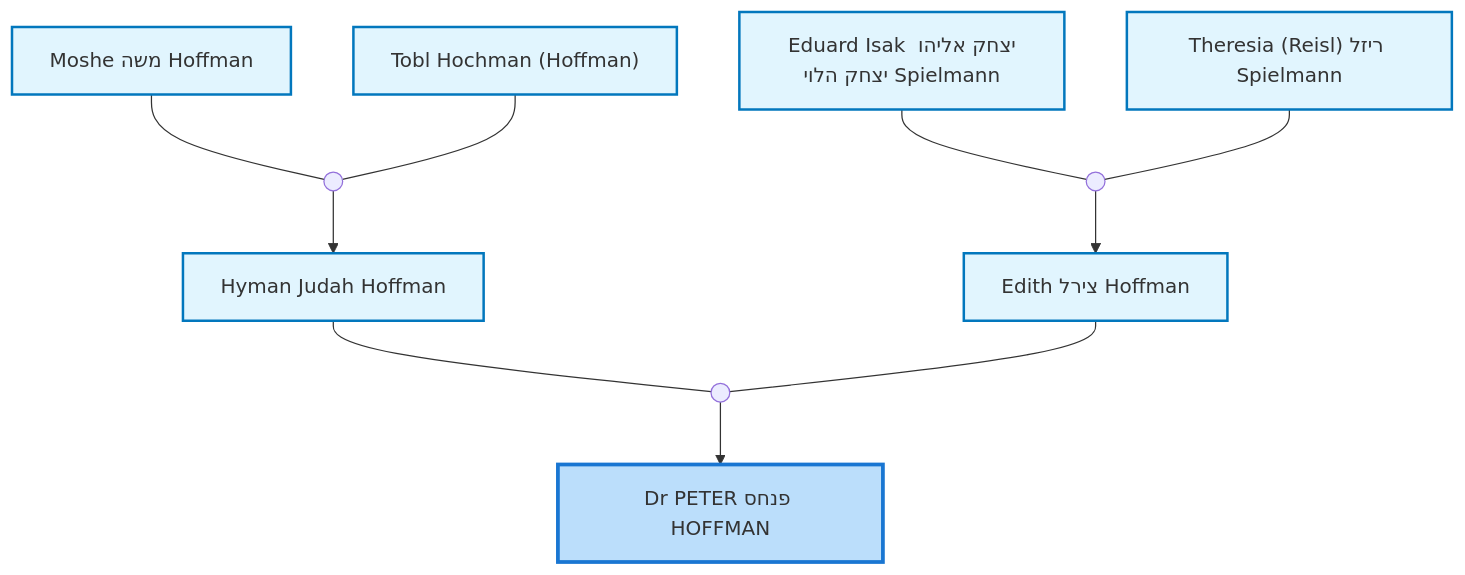
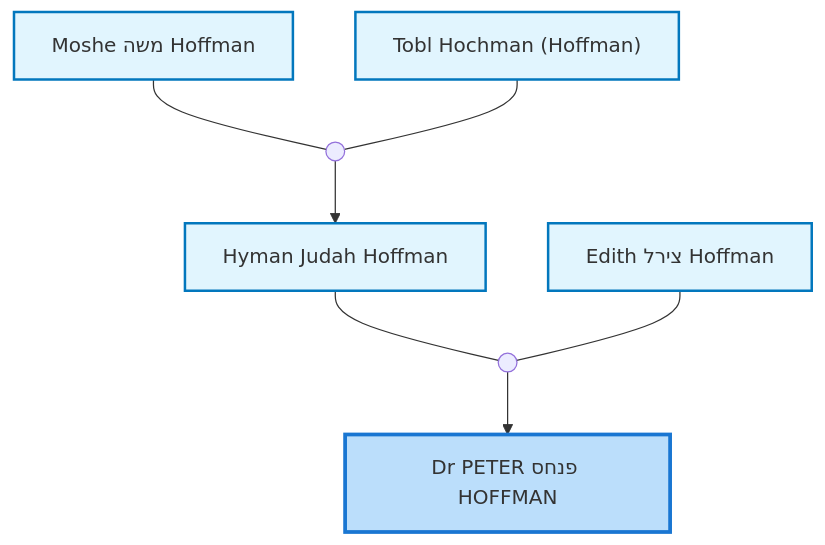
The second of 3 diagrams in site/content/profiles/Dr PETER פנחס HOFFMAN.md (moshehoff/FamilyHistory), drawn with Mermaid before and after one commit. The commit also changed other lines of this file and 133 other files, not shown here.

Commit message:
Update Moshe Hoffman ID: I10 -> I11052340 and rename I38516664 biography

````diff
--- a/site/content/profiles/Dr PETER פנחס HOFFMAN.md
+++ b/site/content/profiles/Dr PETER פנחס HOFFMAN.md
@@ -61,39 +49,29 @@
 ```mermaid
 flowchart TD
 classDef person fill:#e1f5fe,stroke:#0277bd,stroke-width:2px;
 classDef internal-link fill:#e1f5fe,stroke:#0277bd,stroke-width:2px;
 classDef current fill:#bbdefb,stroke:#1976d2,stroke-width:3px;
-idI1["Dr PETER פנחס HOFFMAN"]
-class idI1 current
-click idI1 "../profiles/Dr-PETER-%D7%A4%D7%A0%D7%97%D7%A1-HOFFMAN" "Dr PETER פנחס HOFFMAN"
-idI2["Hyman Judah Hoffman"]
-class idI2 internal-link
-click idI2 "../profiles/Hyman-Judah-Hoffman" "Hyman Judah Hoffman"
-idI3["Edith צירל Hoffman"]
-class idI3 internal-link
-click idI3 "../profiles/Edith-%D7%A6%D7%99%D7%A8%D7%9C-Hoffman" "Edith צירל Hoffman"
-marriage_idF2((" "))
-idI2 --- marriage_idF2
-idI3 --- marriage_idF2
-marriage_idF2 --> idI1
-idI10["Moshe משה Hoffman"]
-class idI10 internal-link
-click idI10 "../profiles/Moshe-%D7%9E%D7%A9%D7%94-Hoffman" "Moshe משה Hoffman"
-idI11["Tobl Hochman (Hoffman)"]
-class idI11 internal-link
-click idI11 "../profiles/Tobl-Hochman-%28Hoffman%29" "Tobl Hochman (Hoffman)"
-marriage_idF3((" "))
-idI10 --- marriage_idF3
-idI11 --- marriage_idF3
-marriage_idF3 --> idI2
-idI17["Eduard Isak יצחק אליהו יצחק הלוי Spielmann"]
-class idI17 internal-link
-click idI17 "../profiles/Eduard-Isak-%D7%99%D7%A6%D7%97%D7%A7-%D7%90%D7%9C%D7%99%D7%94%D7%95-%D7%99%D7%A6%D7%97%D7%A7-%D7%94%D7%9C%D7%95%D7%99-Spielmann" "Eduard Isak יצחק אליהו יצחק הלוי Spielmann"
-idI18["Theresia (Reisl) ריזל Spielmann"]
-class idI18 internal-link
-click idI18 "../profiles/Theresia-%28Reisl%29-%D7%A8%D7%99%D7%96%D7%9C-Spielmann" "Theresia (Reisl) ריזל Spielmann"
-marriage_idF4((" "))
-idI17 --- marriage_idF4
-idI18 --- marriage_idF4
-marriage_idF4 --> idI3
+idI11052359["Dr PETER פנחס HOFFMAN"]
+class idI11052359 current
+click idI11052359 "../profiles/Dr-PETER-%D7%A4%D7%A0%D7%97%D7%A1-HOFFMAN" "Dr PETER פנחס HOFFMAN"
+idI11052350["Hyman Judah Hoffman"]
+class idI11052350 internal-link
+click idI11052350 "../profiles/Hyman-Judah-Hoffman" "Hyman Judah Hoffman"
+idI38516664["Edith צירל Hoffman"]
+class idI38516664 internal-link
+click idI38516664 "../profiles/Edith-%D7%A6%D7%99%D7%A8%D7%9C-Hoffman" "Edith צירל Hoffman"
+marriage_idF13161432((" "))
+idI11052350 --- marriage_idF13161432
+idI38516664 --- marriage_idF13161432
+marriage_idF13161432 --> idI11052359
+idI11052340["Moshe משה Hoffman"]
+class idI11052340 internal-link
+click idI11052340 "../profiles/Moshe-%D7%9E%D7%A9%D7%94-Hoffman" "Moshe משה Hoffman"
+idI38735986["Tobl Hochman (Hoffman)"]
+class idI38735986 internal-link
+click idI38735986 "../profiles/Tobl-Hochman-%28Hoffman%29" "Tobl Hochman (Hoffman)"
+marriage_idF3776794((" "))
+idI11052340 --- marriage_idF3776794
+idI38735986 --- marriage_idF3776794
+marriage_idF3776794 --> idI11052350
 ```
````
